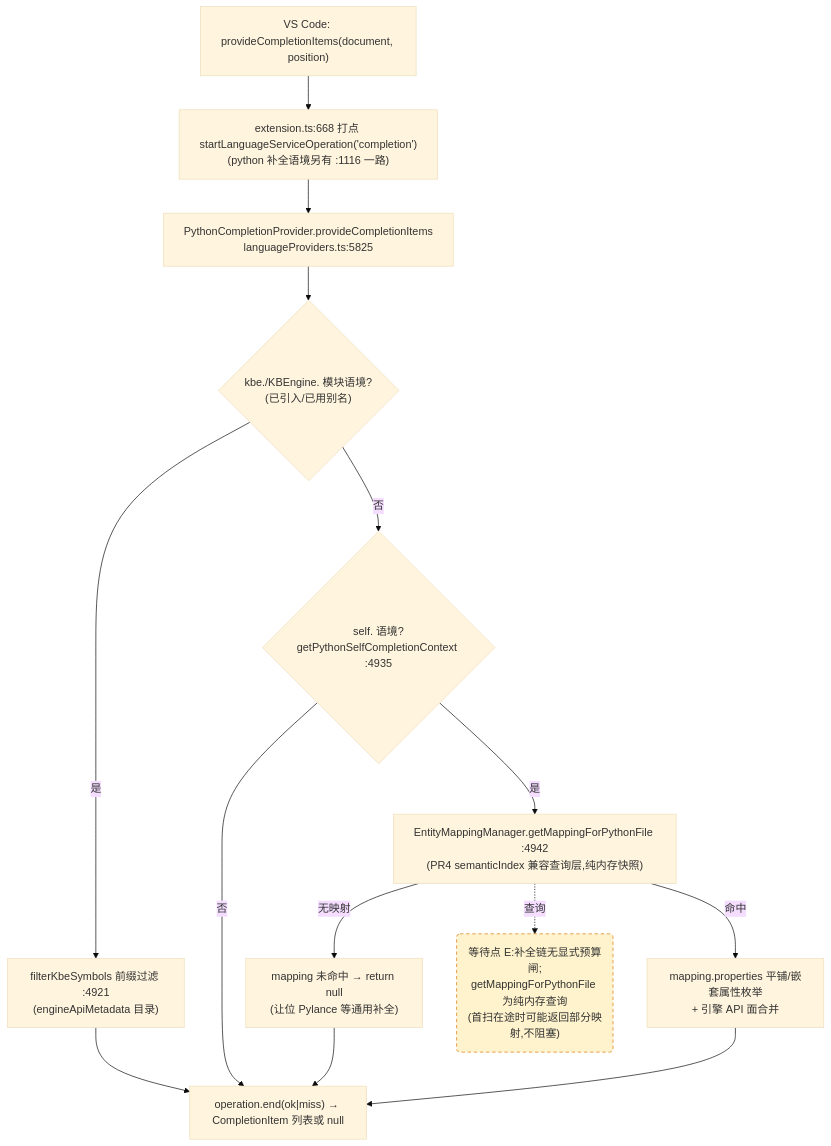
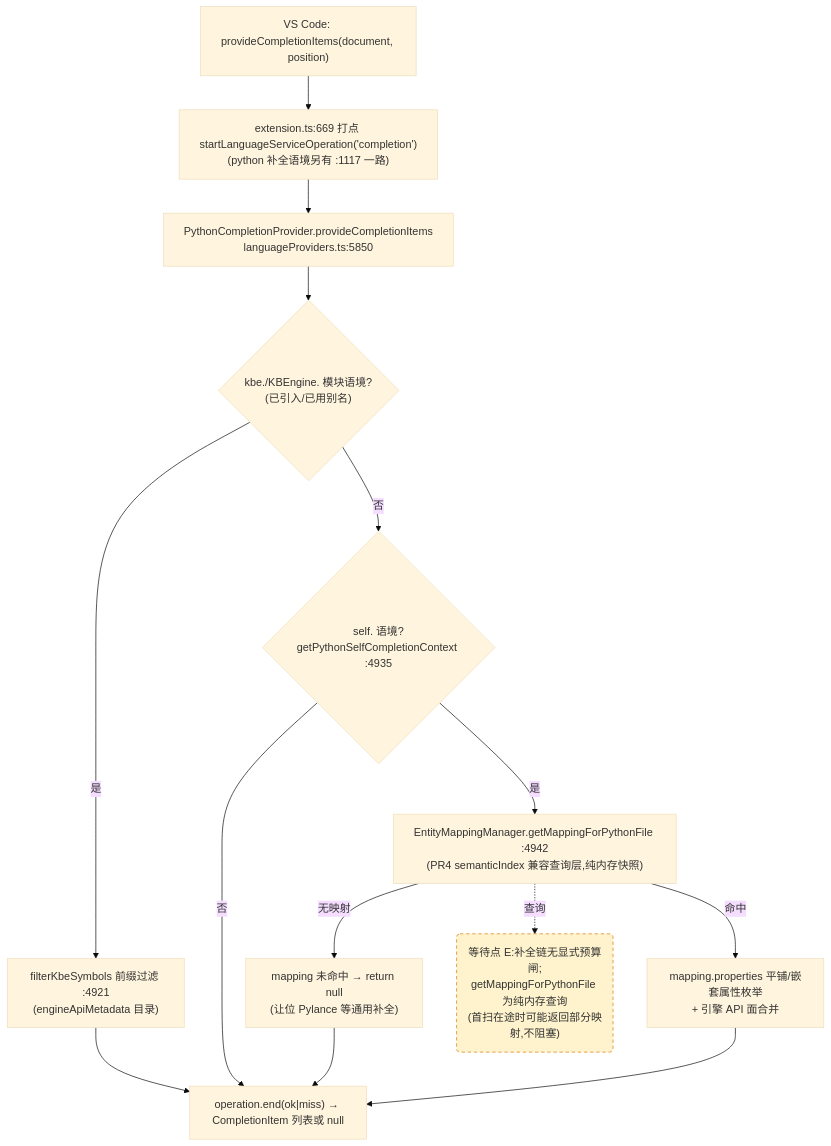
One commit to cuihairu/kode changed the third of 4 diagrams in docs/perf/2026-baseline.md. Above: the diagram before and after it, drawn with Mermaid (base theme). The commit also changed other lines of this file and 23 other files, not shown here.

````diff
--- a/docs/perf/2026-baseline.md
+++ b/docs/perf/2026-baseline.md
@@ -184,27 +184,27 @@
 ```mermaid
 flowchart TD
   VC3["VS Code: provideCompletionItems(document, position)"]
-  M3["extension.ts:668 打点 startLanguageServiceOperation('completion')<br/>(python 补全语境另有 :1116 一路)"]
-  CP["PythonCompletionProvider.provideCompletionItems<br/>languageProviders.ts:5825"]
+  M3["extension.ts:669 打点 startLanguageServiceOperation('completion')<br/>(python 补全语境另有 :1117 一路)"]
+  CP["PythonCompletionProvider.provideCompletionItems<br/>languageProviders.ts:5850"]
   KBEC{"kbe./KBEngine. 模块语境?<br/>(已引入/已用别名)"}
   FILTER["filterKbeSymbols 前缀过滤 :4921<br/>(engineApiMetadata 目录)"]
   SELFC{"self. 语境?<br/>getPythonSelfCompletionContext :4935"}
   MAP["EntityMappingManager.getMappingForPythonFile :4942<br/>(PR4 semanticIndex 兼容查询层,纯内存快照)"]
   NOMAP["mapping 未命中 → return null<br/>(让位 Pylance 等通用补全)"]
   PROPS["mapping.properties 平铺/嵌套属性枚举<br/>+ 引擎 API 面合并"]
   END3["operation.end(ok|miss) → CompletionItem 列表或 null"]
 
   VC3 --> M3 --> CP --> KBEC
   KBEC -- "是" --> FILTER --> END3
   KBEC -- "否" --> SELFC
   SELFC -- "否" --> END3
   SELFC -- "是" --> MAP
   MAP -- "无映射" --> NOMAP --> END3
   MAP -- "命中" --> PROPS --> END3
 
   WAITE("等待点 E:补全链无显式预算闸;<br/>getMappingForPythonFile 为纯内存查询<br/>(首扫在途时可能返回部分映射,不阻塞)")
   MAP -.->|查询| WAITE
 
   classDef waitPoint fill:#fff3cd,stroke:#d97706,stroke-dasharray:5 4;
   class WAITE waitPoint;
 ```
````
